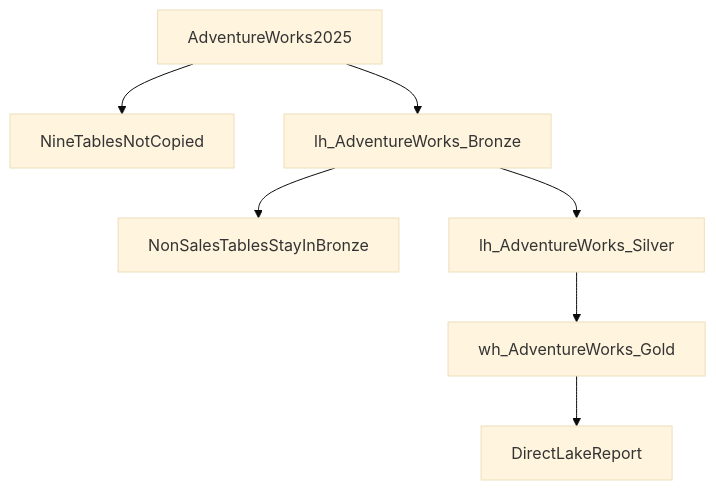
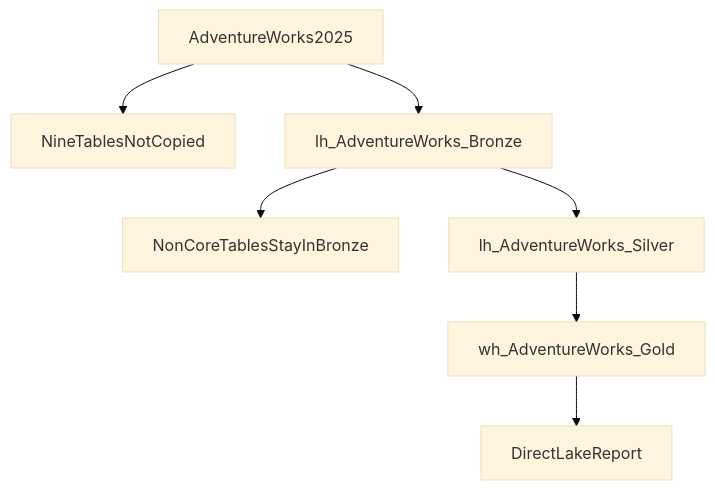
The first of 2 diagrams in aw_fabric/docs/part1-architecture.md (Husnain139/stylo_internship), drawn with Mermaid (base theme) before and after one commit. The commit also changed other lines of this file and 96 other files, not shown here.

````diff
--- a/aw_fabric/docs/part1-architecture.md
+++ b/aw_fabric/docs/part1-architecture.md
@@ -5,16 +5,16 @@
 ```mermaid
 flowchart TB
   oltp[AdventureWorks2025]
   excluded[NineTablesNotCopied]
   bronze[lh_AdventureWorks_Bronze]
-  parked[NonSalesTablesStayInBronze]
+  parked[NonCoreTablesStayInBronze]
   silver[lh_AdventureWorks_Silver]
   gold[wh_AdventureWorks_Gold]
   report[DirectLakeReport]
   oltp --> excluded
   oltp --> bronze
   bronze --> parked
   bronze --> silver
   silver --> gold
   gold --> report
 ```
````
